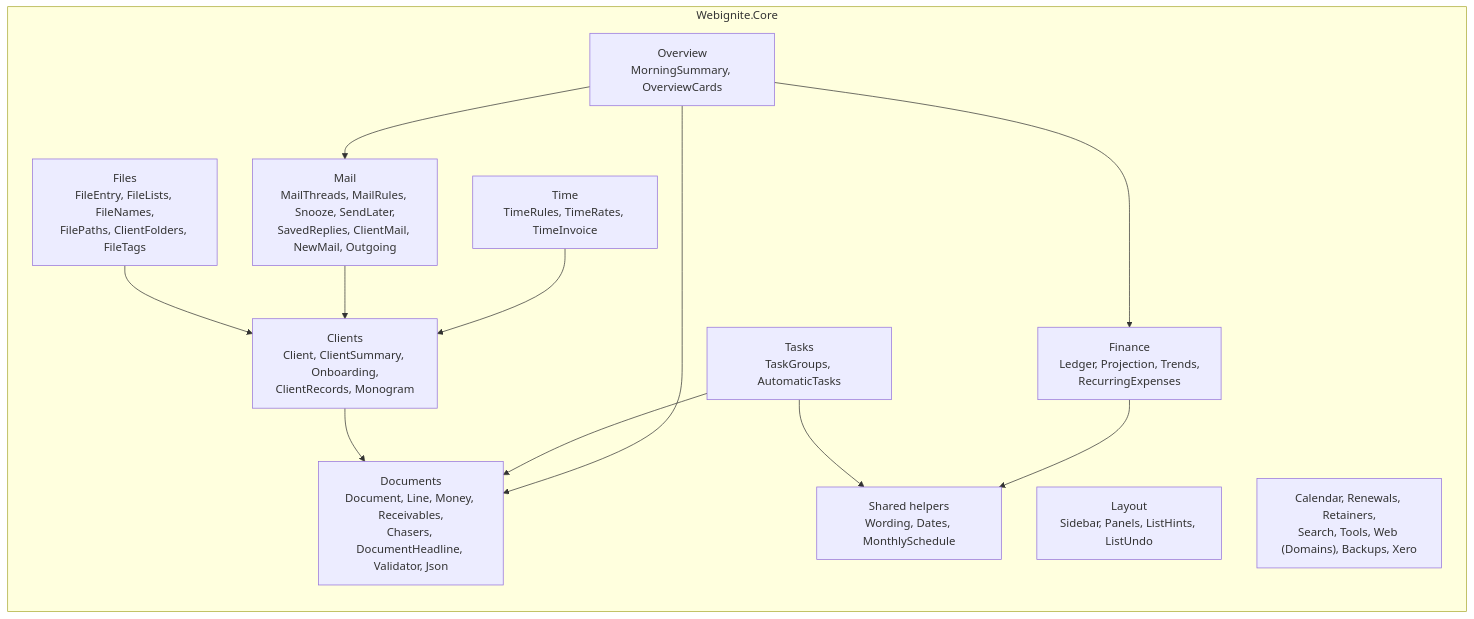
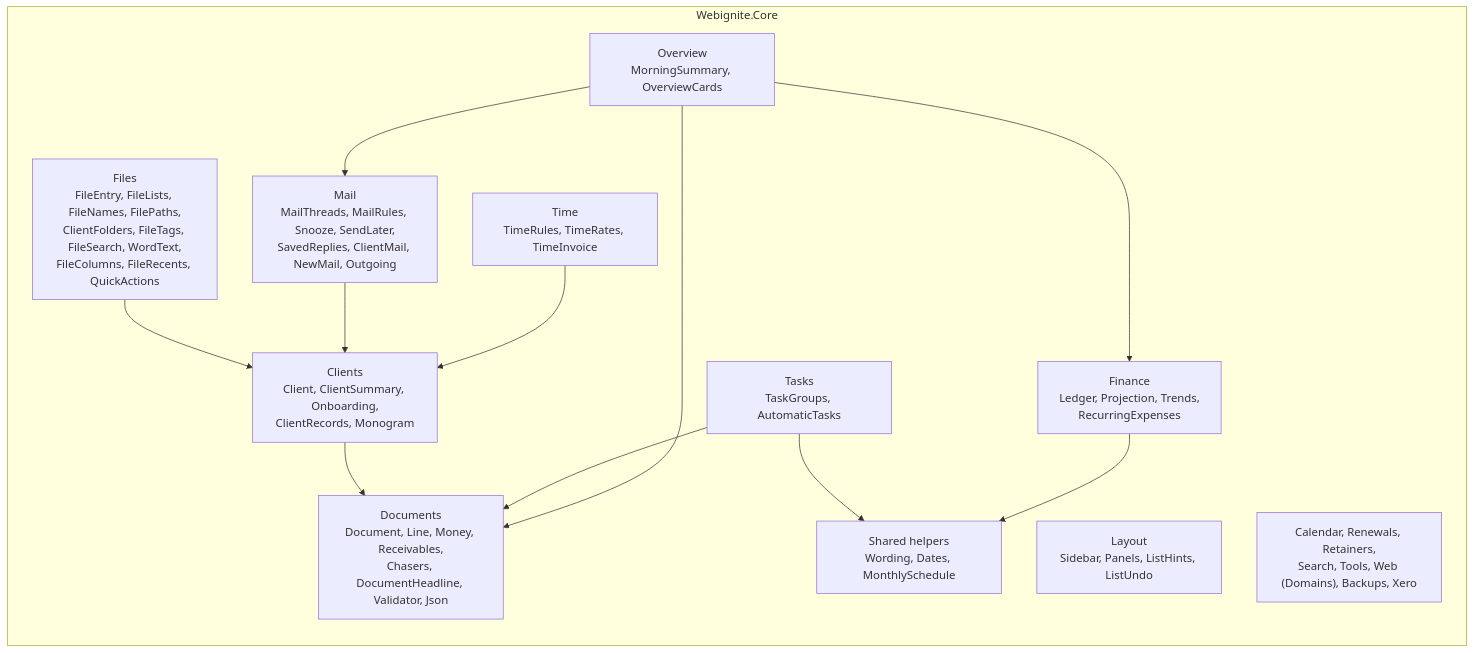
The fourth of 9 diagrams in docs/architecture.md (EdWebIgnite/Webignite-Desktop), drawn with Mermaid before and after one commit. The commit also changed other lines of this file and 23 other files, not shown here.

````diff
--- a/docs/architecture.md
+++ b/docs/architecture.md
@@ -114,26 +114,26 @@
 ```mermaid
 flowchart LR
     subgraph core["Webignite.Core"]
         documents["Documents<br/>Document, Line, Money, Receivables,<br/>Chasers, DocumentHeadline, Validator, Json"]
         clients["Clients<br/>Client, ClientSummary, Onboarding,<br/>ClientRecords, Monogram"]
         mailc["Mail<br/>MailThreads, MailRules, Snooze, SendLater,<br/>SavedReplies, ClientMail, NewMail, Outgoing"]
         finance["Finance<br/>Ledger, Projection, Trends,<br/>RecurringExpenses"]
         time["Time<br/>TimeRules, TimeRates, TimeInvoice"]
         tasks["Tasks<br/>TaskGroups, AutomaticTasks"]
         overview["Overview<br/>MorningSummary, OverviewCards"]
         layout["Layout<br/>Sidebar, Panels, ListHints, ListUndo"]
         shared["Shared helpers<br/>Wording, Dates, MonthlySchedule"]
-        files["Files<br/>FileEntry, FileLists, FileNames,<br/>FilePaths, ClientFolders, FileTags"]
+        files["Files<br/>FileEntry, FileLists, FileNames, FilePaths,<br/>ClientFolders, FileTags, FileSearch, WordText,<br/>FileColumns, FileRecents, QuickActions"]
         other["Calendar, Renewals, Retainers,<br/>Search, Tools, Web (Domains), Backups, Xero"]
     end
     overview --> documents
     overview --> finance
     overview --> mailc
     tasks --> documents
     clients --> documents
     time --> clients
     mailc --> clients
     files --> clients
     finance --> shared
     tasks --> shared
 ```
````
